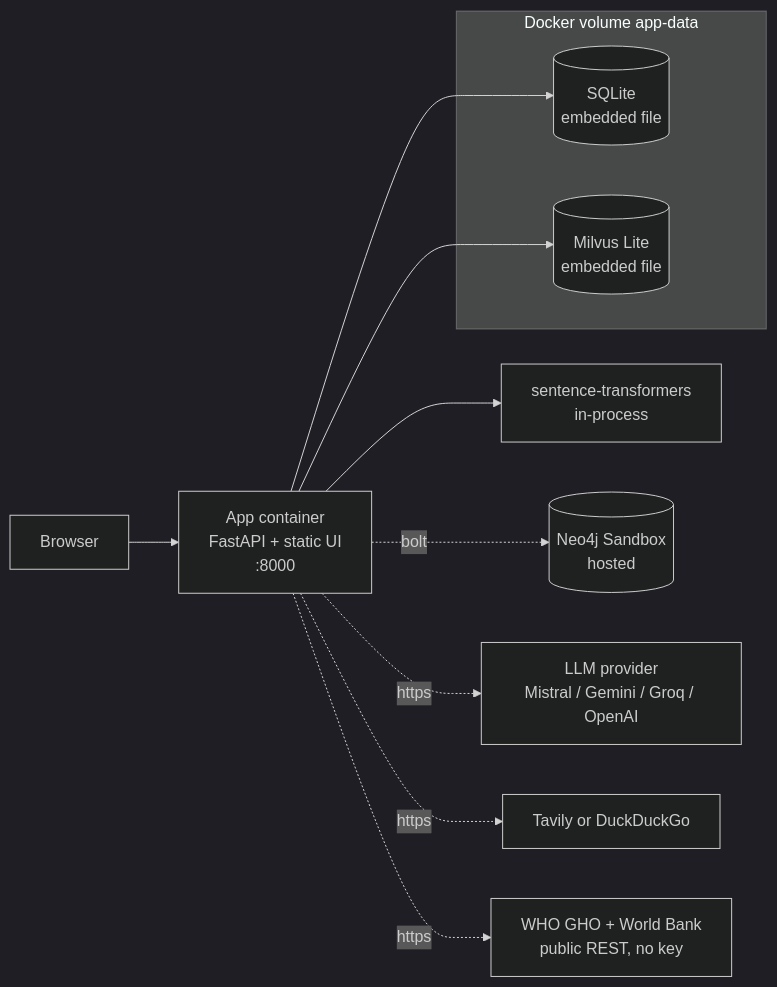
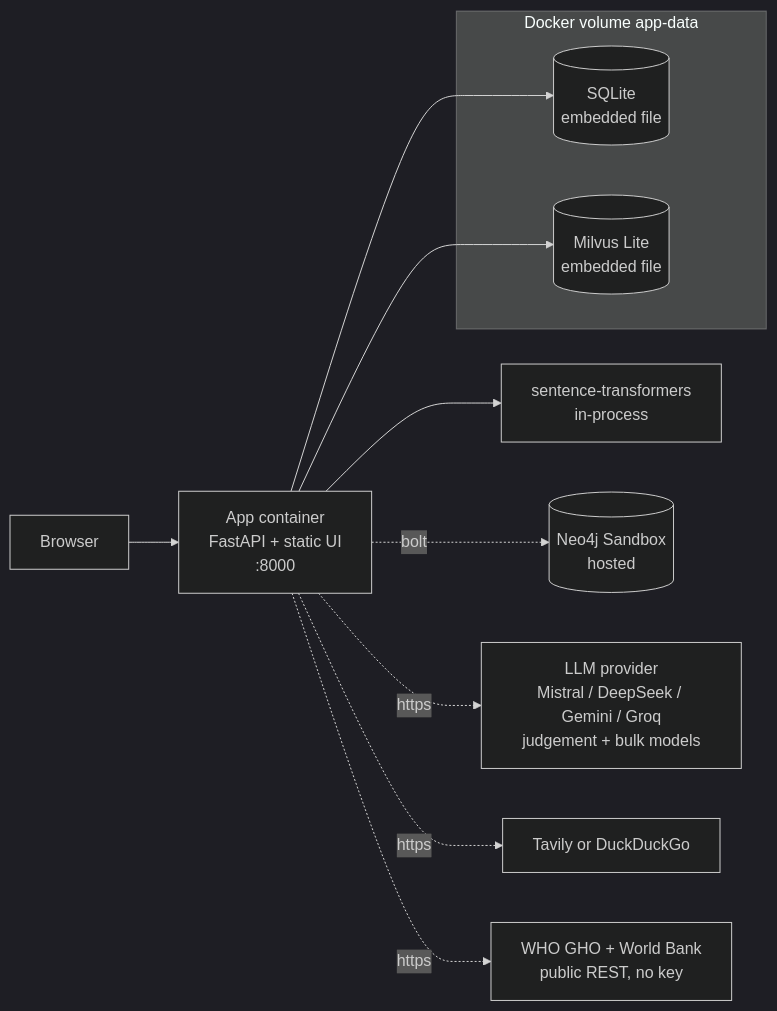
Before and after one commit to suraj19/cardio4cities: the diagram in docs/DEPLOYMENT.md, drawn with Mermaid (dark theme). The commit also changed other lines of this file and 30 other files, not shown here.

````diff
--- a/docs/DEPLOYMENT.md
+++ b/docs/DEPLOYMENT.md
@@ -38,16 +38,16 @@
 ```mermaid
 graph LR
   U[Browser] --> A[App container<br/>FastAPI + static UI<br/>:8000]
   A --> S[(SQLite<br/>embedded file)]
   A --> M[(Milvus Lite<br/>embedded file)]
   A --> E[sentence-transformers<br/>in-process]
   A -.bolt.-> N[(Neo4j Sandbox<br/>hosted)]
-  A -.https.-> L[LLM provider<br/>Mistral / Gemini / Groq / OpenAI]
+  A -.https.-> L[LLM provider<br/>Mistral / DeepSeek / Gemini / Groq<br/>judgement + bulk models]
   A -.https.-> T[Tavily or DuckDuckGo]
   A -.https.-> O[WHO GHO + World Bank<br/>public REST, no key]
 
   subgraph vol["Docker volume app-data"]
     S
     M
   end
 ```
````
